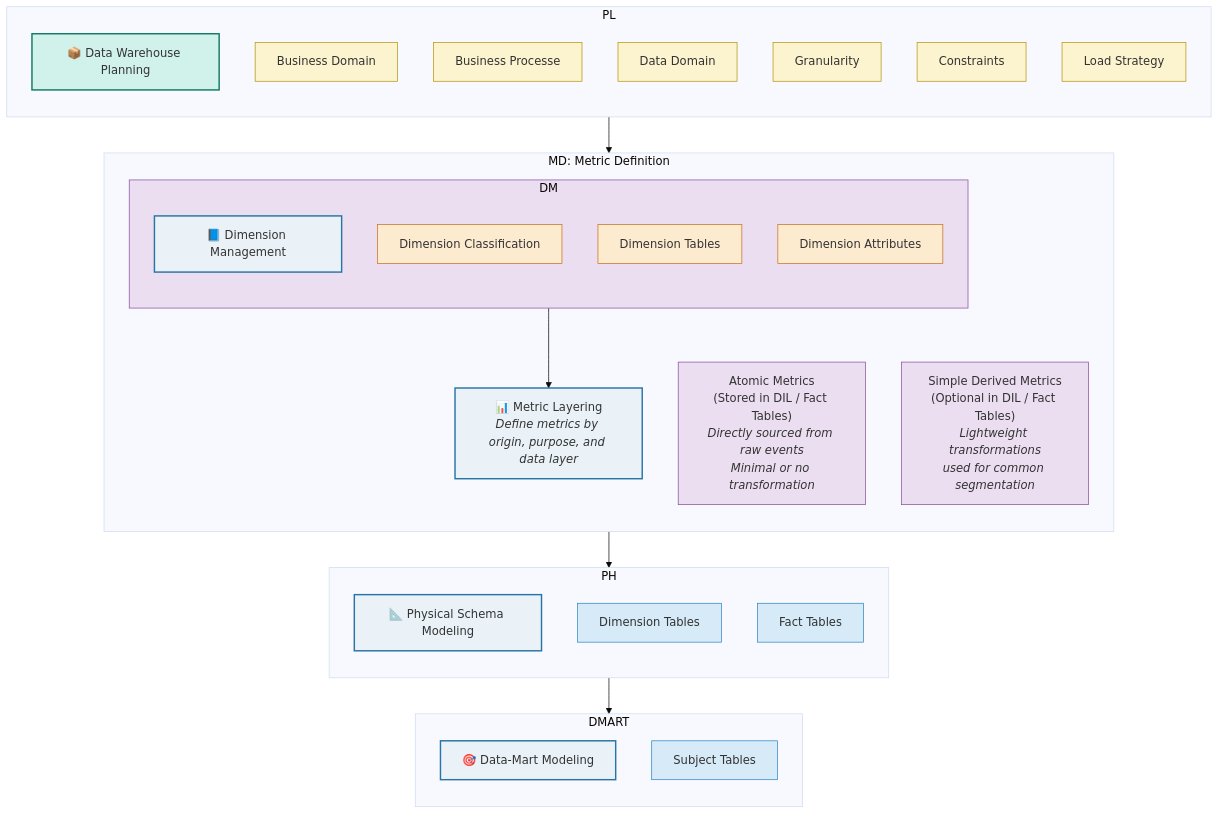
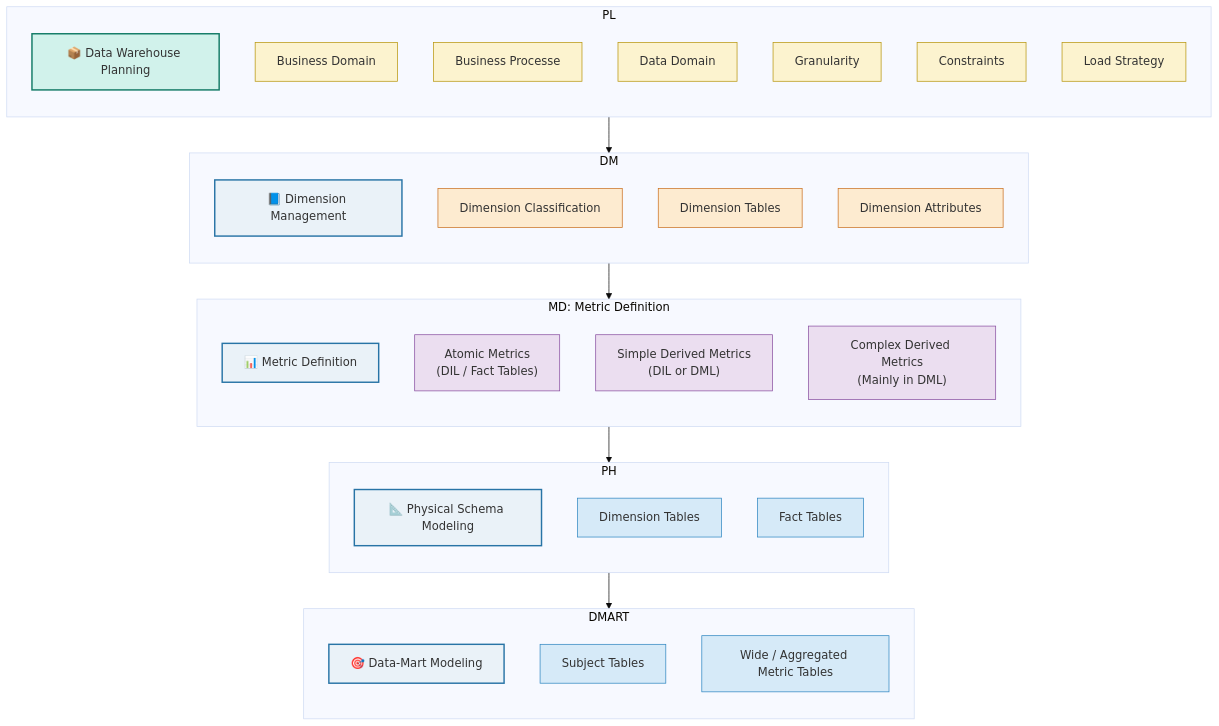
Before and after one commit to blaire101/data-warehouse-solutions: the first of 6 diagrams in README.md, drawn with Mermaid (base theme).

````diff
--- a/README.md
+++ b/README.md
@@ -23,62 +23,63 @@
 ```mermaid
 flowchart TB
 
 %% Planning
 subgraph PL["PL"]
   direction TB
   Data_Warehouse_Planning["📦 Data Warehouse Planning"]:::topNode
   PL1["Business Domain"]:::subgroupNode
   PL2["Business Processe"]:::subgroupNode
   PL3["Data Domain"]:::subgroupNode
   PL5["Granularity"]:::subgroupNode
   PL6["Constraints"]:::subgroupNode
   PL7["Load Strategy"]:::subgroupNode
 end
 
 %% Dimension Management
 subgraph DM["DM"]
   direction TB
   Dimension_Management["📘 Dimension Management"]:::secondNode
   DM1["Dimension Classification"]:::yellowNode
   DM2["Dimension Tables"]:::yellowNode
   DM3["Dimension Attributes"]:::yellowNode
 end
 
 %% Metric Definition
 subgraph MD["MD: Metric Definition"]
   direction TB
-  Metric_Definition["📊 Metric Layering<br><i>Define metrics by origin, purpose, and data layer</i>"]:::secondNode
-  AM["Atomic Metrics<br>(Stored in DIL / Fact Tables)<br><i>Directly sourced from raw events<br>Minimal or no transformation</i>"]:::purpleNode
-  SL["Simple Derived Metrics<br>(Optional in DIL / Fact Tables)<br><i>Lightweight transformations<br>used for common segmentation</i>"]:::purpleNode
-  DM["Complex Derived Metrics<br>(Stored in DML / Subject Tables)<br><i>Calculated via aggregation, logic<br>across multiple events/dimensions</i>"]:::purpleNode
+  Metric_Definition["📊 Metric Definition"]:::secondNode
+  AM["Atomic Metrics<br>(DIL / Fact Tables)"]:::purpleNode
+  SM["Simple Derived Metrics<br>(DIL or DML)"]:::purpleNode
+  CM["Complex Derived Metrics<br>(Mainly in DML)"]:::purpleNode
 end
 
 %% Physical Schema Modeling
 subgraph PH["PH"]
   direction TB
   Schema_Physical["📐 Physical Schema Modeling"]:::secondNode
   SM1["Dimension Tables"]:::blueNode
   SM2["Fact Tables"]:::blueNode
 end
 
 %% Data‑Mart / Subject Modeling
 subgraph DMART["DMART"]
   direction TB
   Data_Mart["🎯 Data‑Mart Modeling"]:::secondNode
   SM3["Subject Tables"]:::blueNode
+  WAT3["Wide / Aggregated Metric Tables"]:::blueNode
 end
 
 %% End‑to‑end Flow
 Data_Warehouse_Planning --> Dimension_Management
 Dimension_Management   --> Metric_Definition
 Metric_Definition      --> Schema_Physical
 Schema_Physical        --> Data_Mart
 
 %% Styling
 classDef topNode      fill:#D1F2EB,stroke:#117A65,stroke-width:2px;
 classDef secondNode   fill:#EAF2F8,stroke:#2874A6,stroke-width:2px;
 classDef subgroupNode fill:#FCF3CF,stroke:#B7950B,stroke-width:1px;
 classDef yellowNode   fill:#FDEBD0,stroke:#CA6F1E,stroke-width:1px;
 classDef purpleNode   fill:#EBDEF0,stroke:#884EA0,stroke-width:1px;
 classDef blueNode     fill:#D6EAF8,stroke:#2E86C1,stroke-width:1px;
 ```
````
